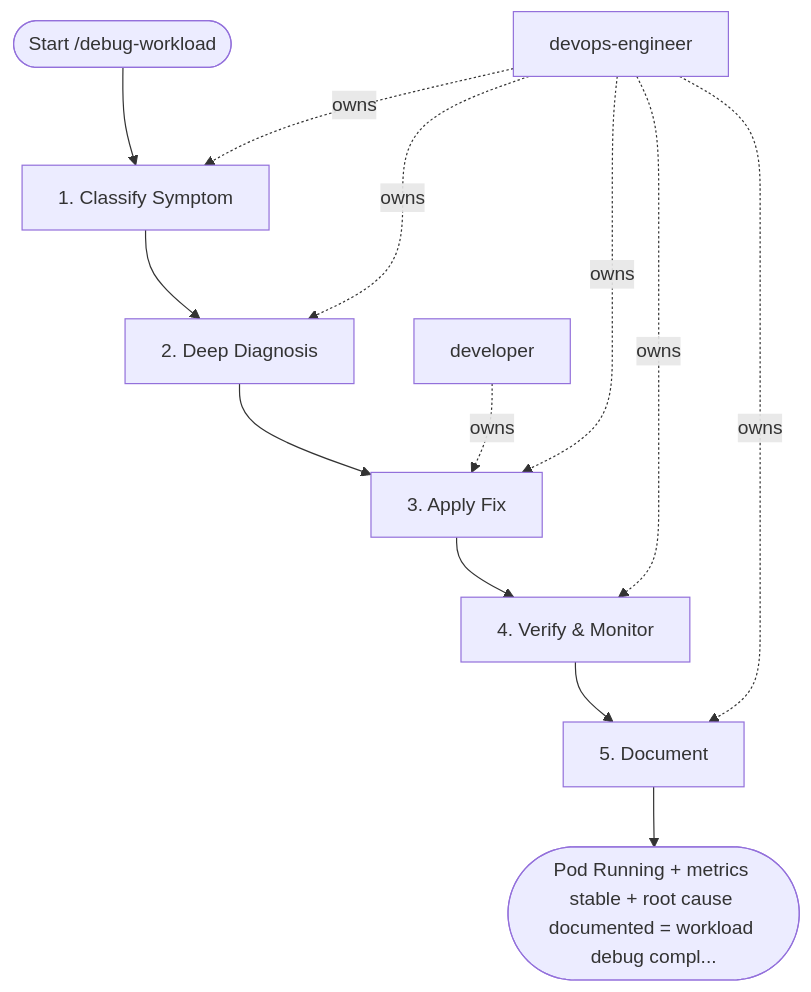
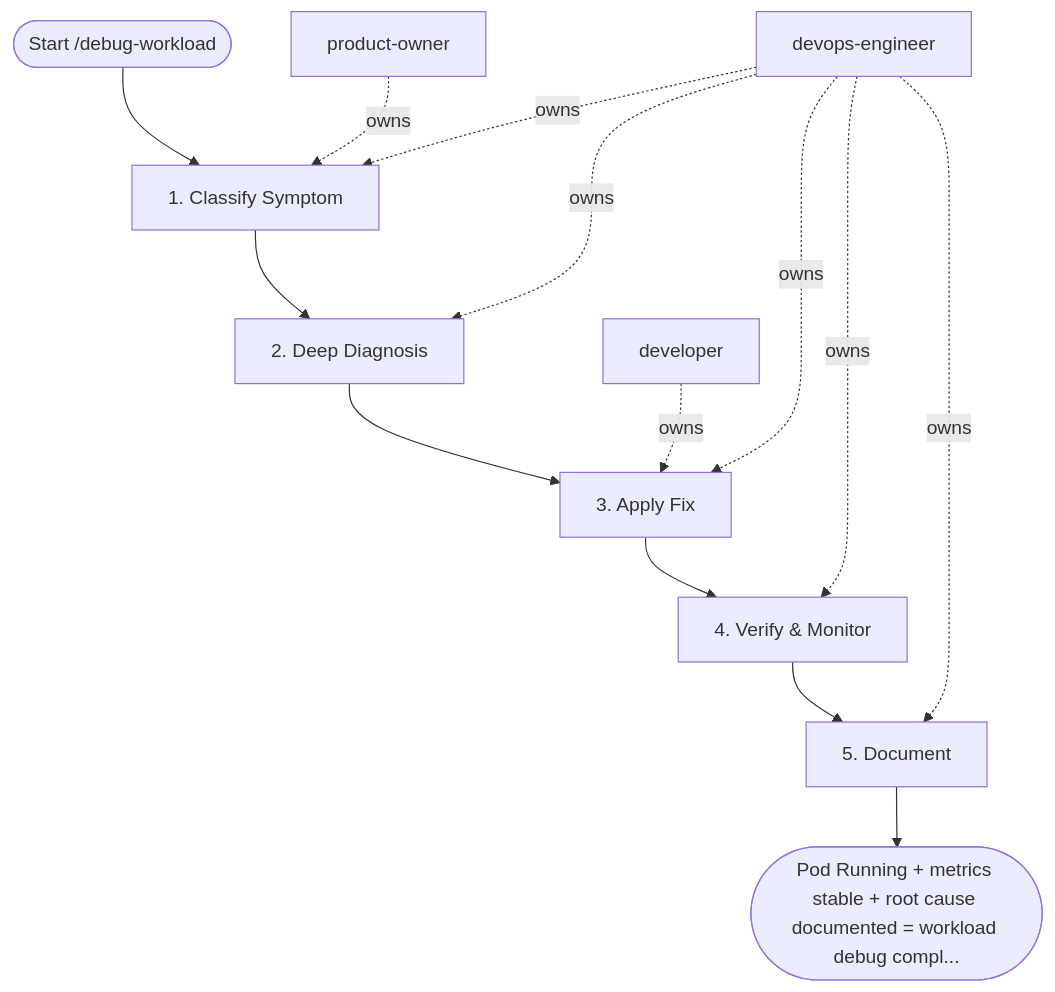
The diagram in areas/devops/kubernetes/workflows/debug-workload.md (sawrus/agent-guides), drawn with Mermaid before and after one commit. The commit also changed other lines of this file and 76 other files, not shown here.

Commit message:
Standardize workflow product owner initiation

````diff
--- a/areas/devops/kubernetes/workflows/debug-workload.md
+++ b/areas/devops/kubernetes/workflows/debug-workload.md
@@ -110,24 +110,26 @@
 ```mermaid
 flowchart TD
   start(["Start /debug-workload"])
-  role_1["devops-engineer"]
-  role_2["developer"]
+  role_1["product-owner"]
+  role_2["devops-engineer"]
+  role_3["developer"]
   step_1["1. Classify Symptom"]
   step_2["2. Deep Diagnosis"]
   step_3["3. Apply Fix"]
   step_4["4. Verify & Monitor"]
   step_5["5. Document"]
   exit(["Pod Running + metrics stable + root cause documented = workload debug compl..."])
   start --> step_1
   step_1 --> step_2
   step_2 --> step_3
   step_3 --> step_4
   step_4 --> step_5
   step_5 --> exit
   role_1 -. owns .-> step_1
-  role_1 -. owns .-> step_2
+  role_2 -. owns .-> step_1
+  role_2 -. owns .-> step_2
+  role_3 -. owns .-> step_3
   role_2 -. owns .-> step_3
-  role_1 -. owns .-> step_3
-  role_1 -. owns .-> step_4
-  role_1 -. owns .-> step_5
+  role_2 -. owns .-> step_4
+  role_2 -. owns .-> step_5
 ```
````
